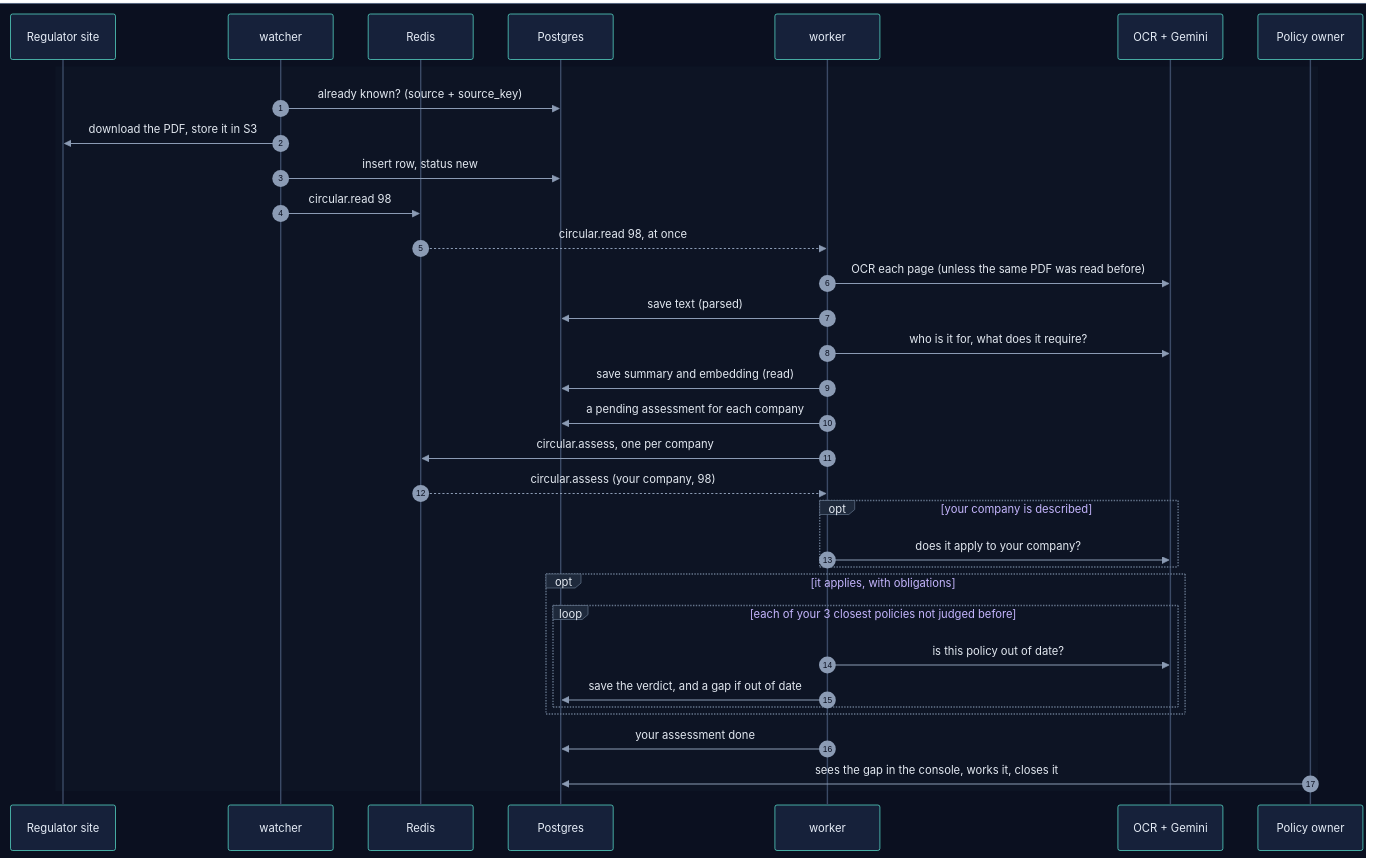
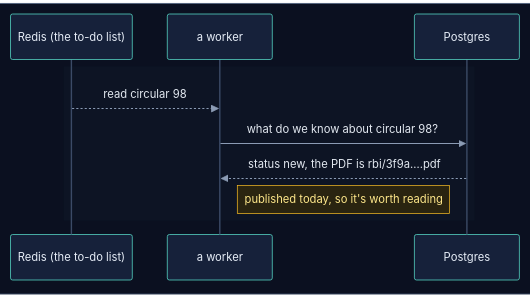
The seventh of 52 diagrams in how_it_works.md (selvakumarperumal/Regulatory_Circular_Impact_Agent), drawn with Mermaid before and after one commit. The commit also changed other lines of this file and 3 other files, not shown here.

First line of the commit message:
Rewrite how_it_works.md in plain words, a diagram per step

````diff
--- a/how_it_works.md
+++ b/how_it_works.md
@@ -403,40 +426,16 @@
 ```mermaid
 %%{init: {"theme": "base", "sequence": {"diagramMarginX": 0, "diagramMarginY": 0}, "themeVariables": {"darkMode": true, "primaryColor": "#16213a", "primaryTextColor": "#e6edf7", "primaryBorderColor": "#475a7a", "lineColor": "#8b9bb4", "secondaryColor": "#1b2436", "tertiaryColor": "#101a2e", "edgeLabelBackground": "#0f172a", "textColor": "#e2e8f0", "actorBkg": "#16213a", "actorBorder": "#5eead4", "actorTextColor": "#e6edf7", "actorLineColor": "#3b4a66", "signalColor": "#8b9bb4", "signalTextColor": "#e2e8f0", "noteBkgColor": "#2a2410", "noteBorderColor": "#fbbf24", "noteTextColor": "#fde68a", "labelBoxBkgColor": "#1e293b", "labelBoxBorderColor": "#64748b", "labelTextColor": "#e2e8f0", "loopTextColor": "#c4b5fd", "sequenceNumberColor": "#0b1020", "activationBkgColor": "#1e293b"}}}%%
 sequenceDiagram
-    autonumber
     box rgb(11, 16, 32)
-        participant Site as Regulator site
-        participant W as watcher
-        participant Q as Redis
+        participant Q as Redis (the to-do list)
+        participant K as a worker
         participant DB as Postgres
-        participant K as worker
-        participant X as OCR + Gemini
-        participant P as Policy owner
     end
 
     rect rgb(13, 20, 36)
-        W->>DB: already known? (source + source_key)
-        W->>Site: download the PDF, store it in S3
-        W->>DB: insert row, status new
-        W->>Q: circular.read 98
-        Q-->>K: circular.read 98, at once
-        K->>X: OCR each page (unless the same PDF was read before)
-        K->>DB: save text (parsed)
-        K->>X: who is it for, what does it require?
-        K->>DB: save summary and embedding (read)
-        K->>DB: a pending assessment for each company
-        K->>Q: circular.assess, one per company
-        Q-->>K: circular.assess (your company, 98)
-        opt your company is described
-            K->>X: does it apply to your company?
-        end
-        opt it applies, with obligations
-            loop each of your 3 closest policies not judged before
-                K->>X: is this policy out of date?
-                K->>DB: save the verdict, and a gap if out of date
-            end
-        end
-        K->>DB: your assessment done
-        P->>DB: sees the gap in the console, works it, closes it
+        Q-->>K: read circular 98
+        K->>DB: what do we know about circular 98?
+        DB-->>K: status new, the PDF is rbi/3f9a….pdf
+        Note right of K: published today, so it's worth reading
     end
 ```
````
